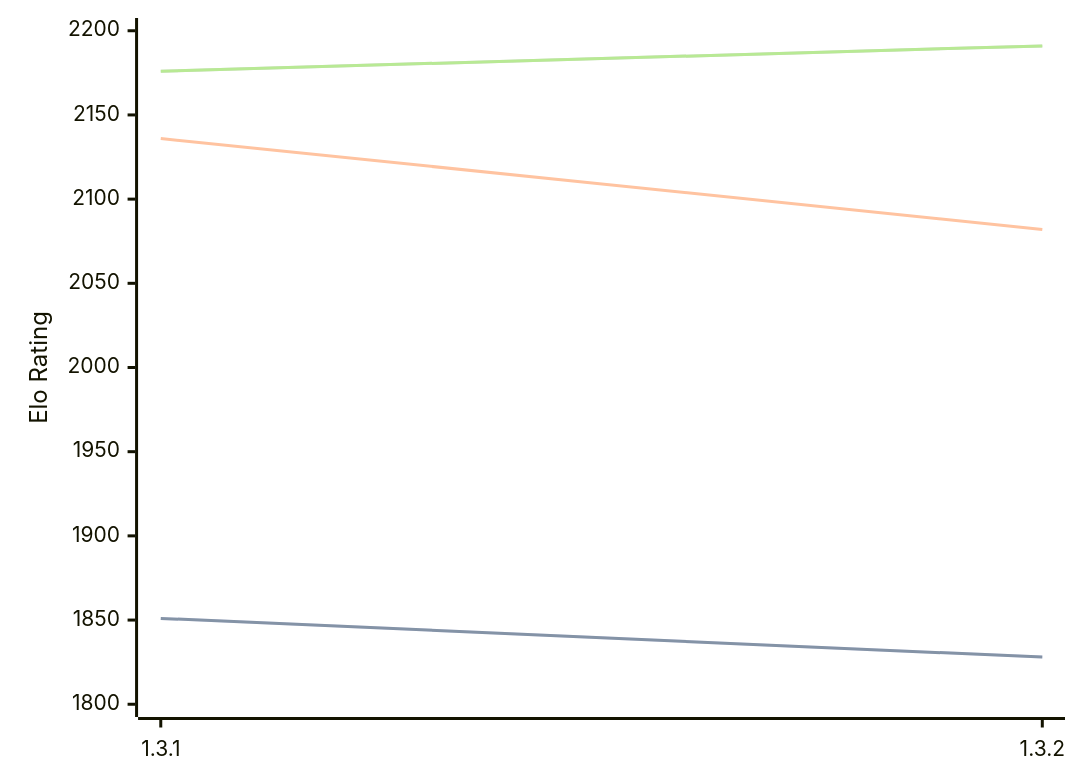
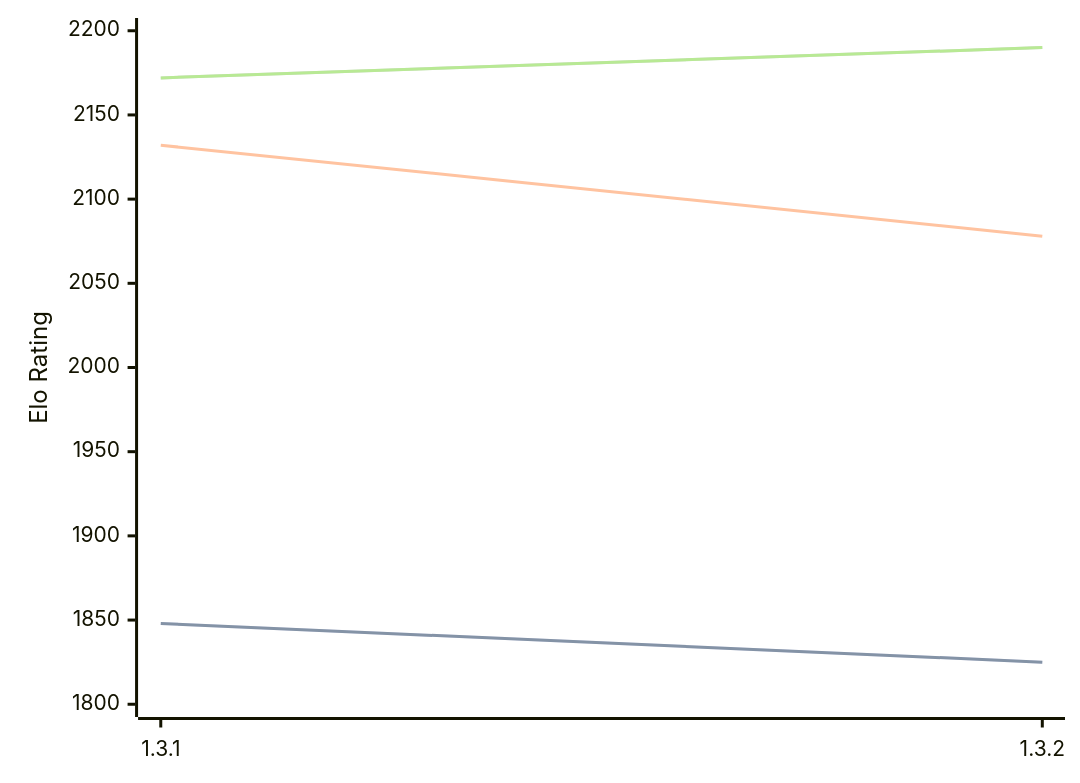
One commit to computer-chess-index/cci changed the first of 3 diagrams in engines/Zugblitz.md. Above: the diagram before and after it, drawn with Mermaid. The commit also changed other lines of this file, not shown here.

Commit message:
Update CCI Ratings (ELO VLTC) - 2026-07-16

````diff
--- a/engines/Zugblitz.md
+++ b/engines/Zugblitz.md
@@ -32,11 +32,11 @@
 ```mermaid
 %%{init: {"theme":"base","themeVariables":{"seriesColors:['#a3a3a3','#222221','#faa371']}}}%%
 xychart-beta
   x-axis ["1.3.1", "1.3.2"]
   y-axis "Elo Rating" 1800 --> 2200
-  line "STC (8.0+0.08s)" [1851, 1828]
-  line "STC (8.0+0.08s)" [1851, 1828]
-  line "LTC (60.0+0.60s)" [2136, 2082]
-  line "VLTC (2m24s+1.12s)" [2176, 2191]
-  line "VLTC (2m24s+1.12s)" [2176, 2191]
+  line "STC (8.0+0.08s)" [1848, 1825]
+  line "STC (8.0+0.08s)" [1848, 1825]
+  line "LTC (60.0+0.60s)" [2132, 2078]
+  line "VLTC (2m24s+1.12s)" [2172, 2190]
+  line "VLTC (2m24s+1.12s)" [2172, 2190]
 ```
````
